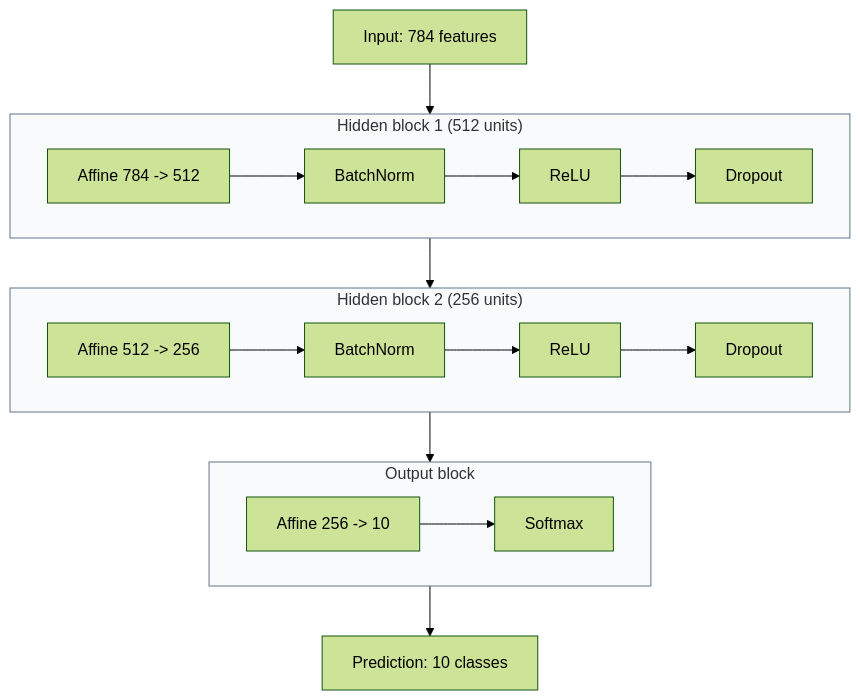
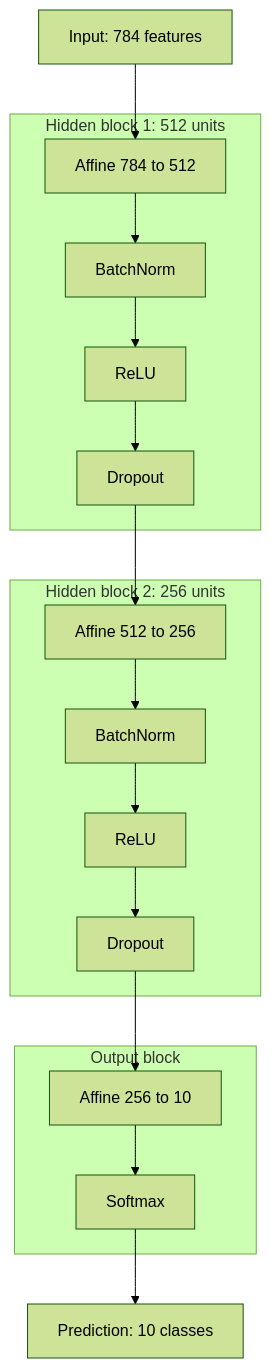
One commit to YangSiJun528/WEEK13_mnist-lab changed the diagram in REPORT_STRATEGY_COMPARISON.md. Above: the diagram before and after it, drawn with Mermaid (forest theme).

Commit message:
Rework Mermaid model diagram syntax

````diff
--- a/REPORT_STRATEGY_COMPARISON.md
+++ b/REPORT_STRATEGY_COMPARISON.md
@@ -36,28 +36,35 @@
 ```mermaid
 flowchart TD
-    Input["Input: 784 features"]
+    I[Input: 784 features]
 
-    subgraph Hidden1["Hidden block 1 (512 units)"]
-        direction LR
-        H1A["Affine 784 -> 512"] --> H1B["BatchNorm"] --> H1C["ReLU"] --> H1D["Dropout"]
+    subgraph H1[Hidden block 1: 512 units]
+        H1A[Affine 784 to 512]
+        H1B[BatchNorm]
+        H1C[ReLU]
+        H1D[Dropout]
+        H1A --> H1B
+        H1B --> H1C
+        H1C --> H1D
     end
 
-    subgraph Hidden2["Hidden block 2 (256 units)"]
-        direction LR
-        H2A["Affine 512 -> 256"] --> H2B["BatchNorm"] --> H2C["ReLU"] --> H2D["Dropout"]
+    subgraph H2[Hidden block 2: 256 units]
+        H2A[Affine 512 to 256]
+        H2B[BatchNorm]
+        H2C[ReLU]
+        H2D[Dropout]
+        H2A --> H2B
+        H2B --> H2C
+        H2C --> H2D
     end
 
-    subgraph Output["Output block"]
-        direction LR
-        OA["Affine 256 -> 10"] --> OS["Softmax"]
+    subgraph O[Output block]
+        OA[Affine 256 to 10]
+        OS[Softmax]
+        OA --> OS
     end
 
-    Input --> H1A
+    I --> H1A
     H1D --> H2A
     H2D --> OA
-    OS --> Prediction["Prediction: 10 classes"]
-
-    style Hidden1 fill:#f8fafc,stroke:#64748b,stroke-width:1px
-    style Hidden2 fill:#f8fafc,stroke:#64748b,stroke-width:1px
-    style Output fill:#f8fafc,stroke:#64748b,stroke-width:1px
+    OS --> P[Prediction: 10 classes]
 ```
````
